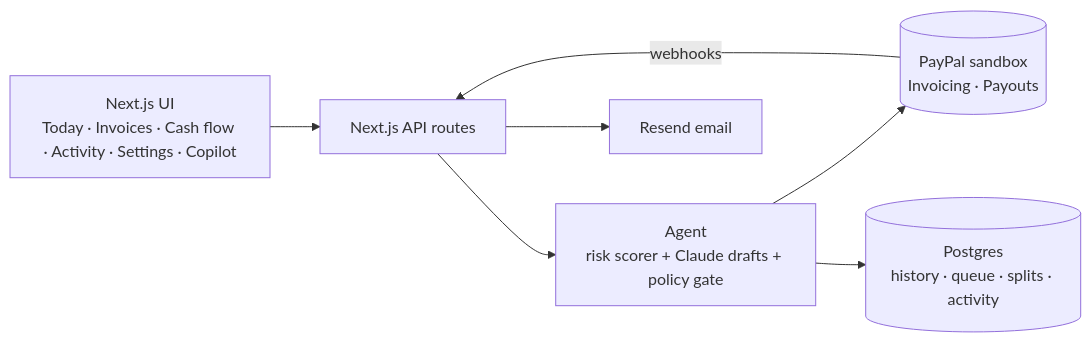
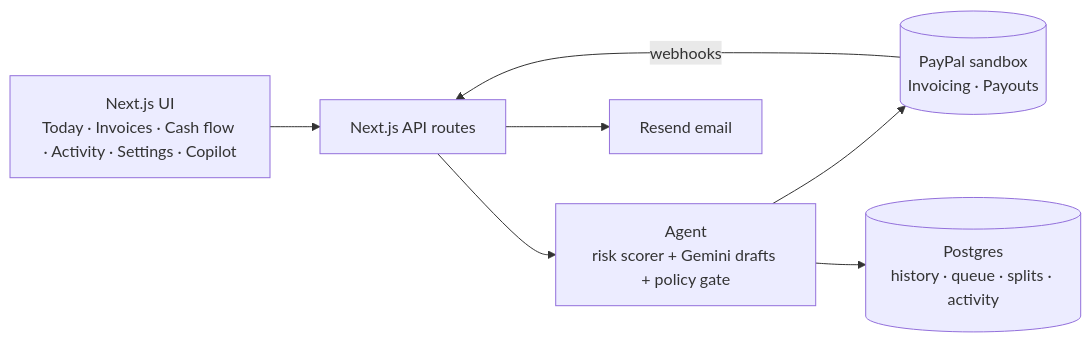
The diagram in README.md (vedikaagarwal28/paypilot), drawn with Mermaid before and after one commit. The commit also changed other lines of this file and 7 other files, not shown here.

Commit message:
feat: use Google Gemini free tier by default, Claude optional via AI_PROVIDER

````diff
--- a/README.md
+++ b/README.md
@@ -95,9 +95,9 @@
 ```mermaid
 flowchart LR
   UI[Next.js UI<br/>Today · Invoices · Cash flow · Activity · Settings · Copilot] --> API[Next.js API routes]
-  API --> Agent[Agent<br/>risk scorer + Claude drafts + policy gate]
+  API --> Agent[Agent<br/>risk scorer + Gemini drafts + policy gate]
   Agent --> PP[(PayPal sandbox<br/>Invoicing · Payouts)]
   Agent --> DB[(Postgres<br/>history · queue · splits · activity)]
   PP -- webhooks --> API
   API --> Mail[Resend email]
 ```
````
